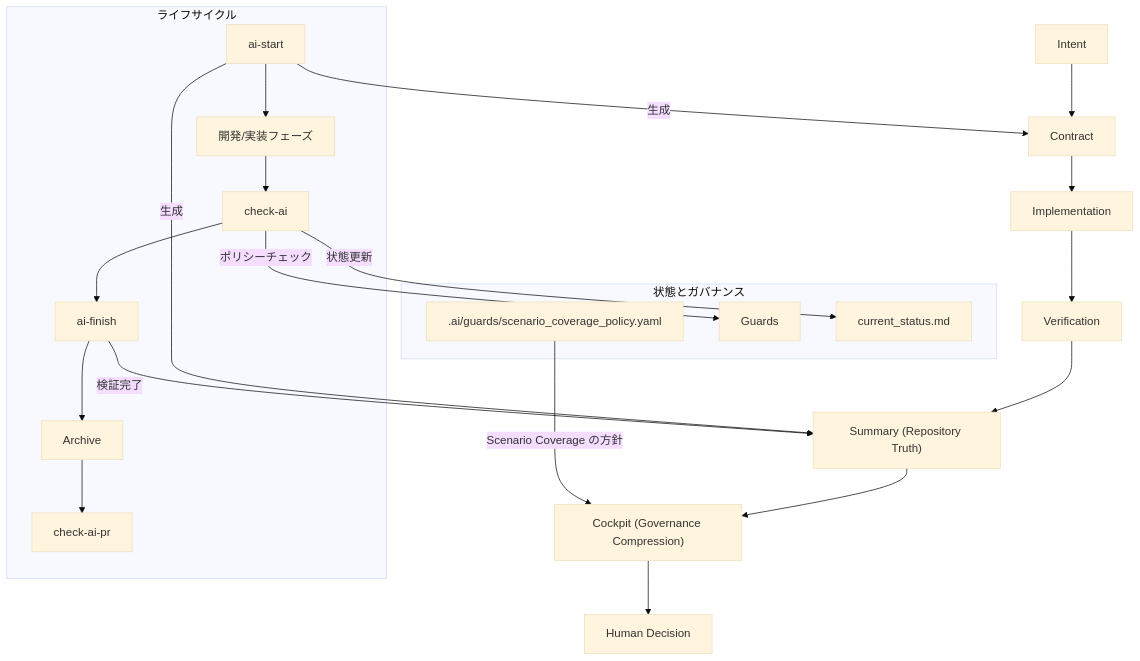
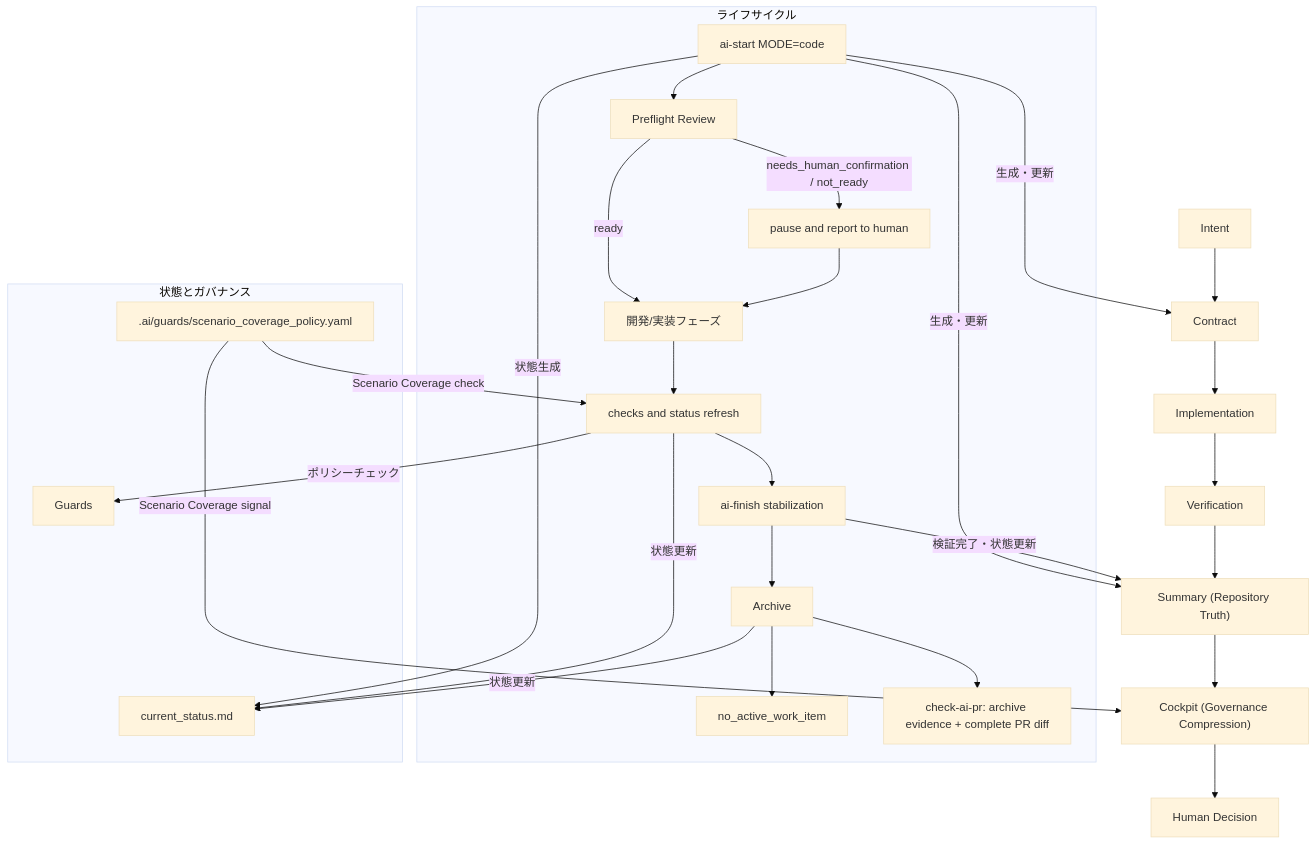
One commit to xinglun/ai-cockpit-template changed the diagram in docs/architecture.md. Above: the diagram before and after it, drawn with Mermaid (base theme). The commit also changed other lines of this file and 87 other files, not shown here.

````diff
--- a/docs/architecture.md
+++ b/docs/architecture.md
@@ -20,30 +20,37 @@
 ```mermaid
 graph TD
     Intent["Intent"] --> Contract["Contract"]
     Contract --> Implementation["Implementation"]
     Implementation --> Verification["Verification"]
     Verification --> Summary["Summary (Repository Truth)"]
     Summary --> Cockpit["Cockpit (Governance Compression)"]
     Cockpit --> Human["Human Decision"]
 
     subgraph ライフサイクル
-        Start["ai-start"] --> Dev["開発/実装フェーズ"]
-        Dev --> Check["check-ai"]
-        Check --> Finish["ai-finish"]
+        Start["ai-start MODE=code"] --> Preflight["Preflight Review"]
+        Preflight -->|ready| Dev["開発/実装フェーズ"]
+        Preflight -->|needs_human_confirmation / not_ready| Pause["pause and report to human"]
+        Pause --> Dev
+        Dev --> Check["checks and status refresh"]
+        Check --> Finish["ai-finish stabilization"]
         Finish --> Archive["Archive"]
-        Archive --> PR["check-ai-pr"]
+        Archive --> NoActive["no_active_work_item"]
+        Archive --> PR["check-ai-pr: archive evidence + complete PR diff"]
     end
 
     subgraph 状態とガバナンス
         ScenarioPolicy[".ai/guards/scenario_coverage_policy.yaml"]
         Guards["Guards"]
         Status["current_status.md"]
     end
 
-    Start -->|生成| Contract
-    Start -->|生成| Summary
+    Start -->|生成・更新| Contract
+    Start -->|生成・更新| Summary
+    Start -->|状態生成| Status
     Check -->|ポリシーチェック| Guards
     Check -->|状態更新| Status
-    Finish -->|検証完了| Summary
-    ScenarioPolicy -->|Scenario Coverage の方針| Cockpit
+    Finish -->|検証完了・状態更新| Summary
+    Archive -->|状態更新| Status
+    ScenarioPolicy -->|Scenario Coverage check| Check
+    ScenarioPolicy -->|Scenario Coverage signal| Cockpit
 ```
````
